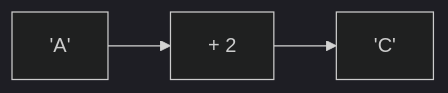
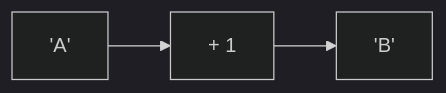
One commit to amnahwaida/OSNK_INF_PREP changed the ninth of 25 diagrams in part-c-pemahaman-cpp/03-perulangan/latihan/set-11.md. Above: the diagram before and after it, drawn with Mermaid (dark theme). The commit also changed other lines of this file and 71 other files, not shown here.

Commit message:
Fixed Mermaid syntax lexical errors with quoted labels in 1,800 questions

````diff
--- a/part-c-pemahaman-cpp/03-perulangan/latihan/set-11.md
+++ b/part-c-pemahaman-cpp/03-perulangan/latihan/set-11.md
@@ -389,5 +268,5 @@
 ```mermaid
 graph LR
-A['A'] --> B[+ 2]
-B --> C['C']
+A["'A'"] --> B["+ 1"]
+B --> C["'B'"]
 ```
````
